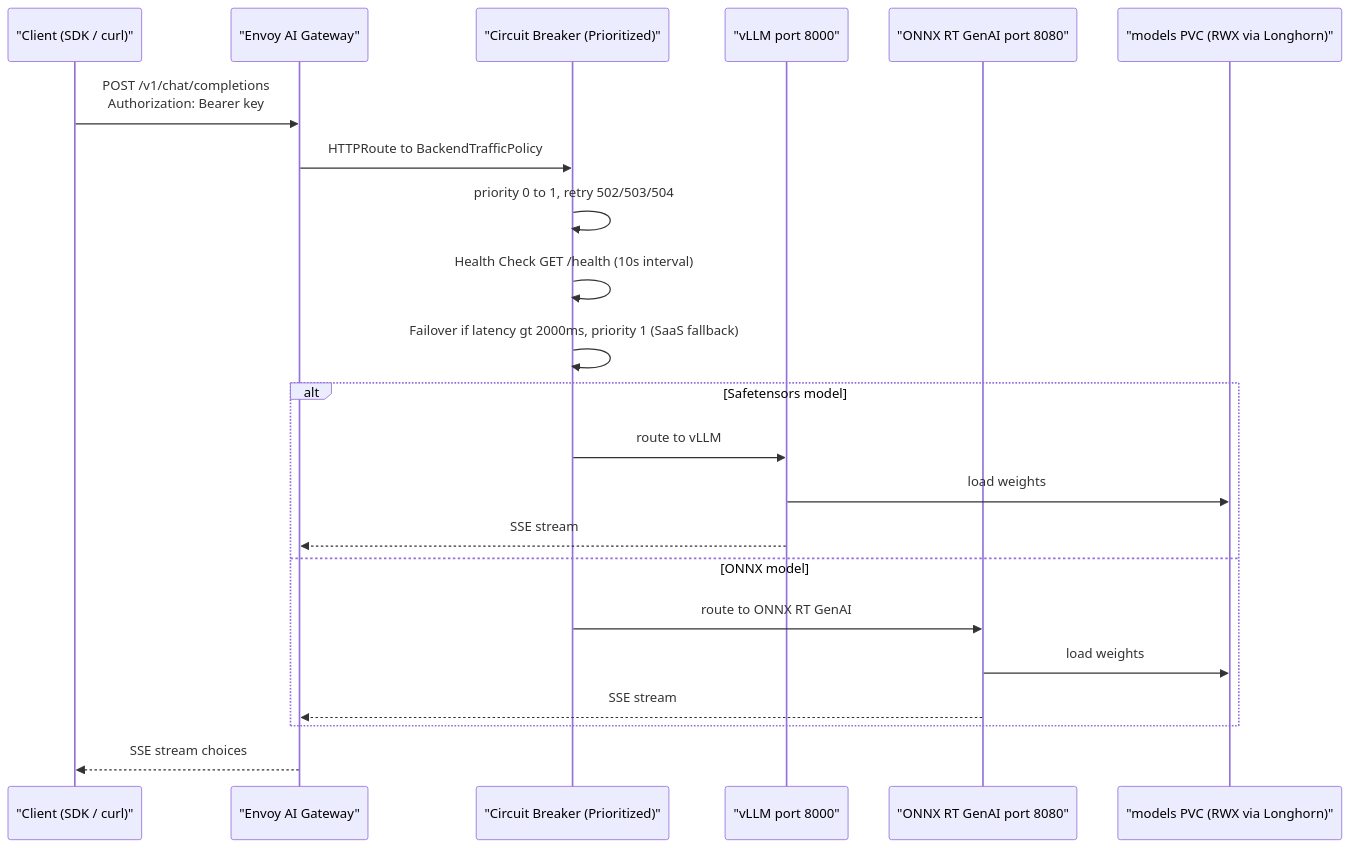
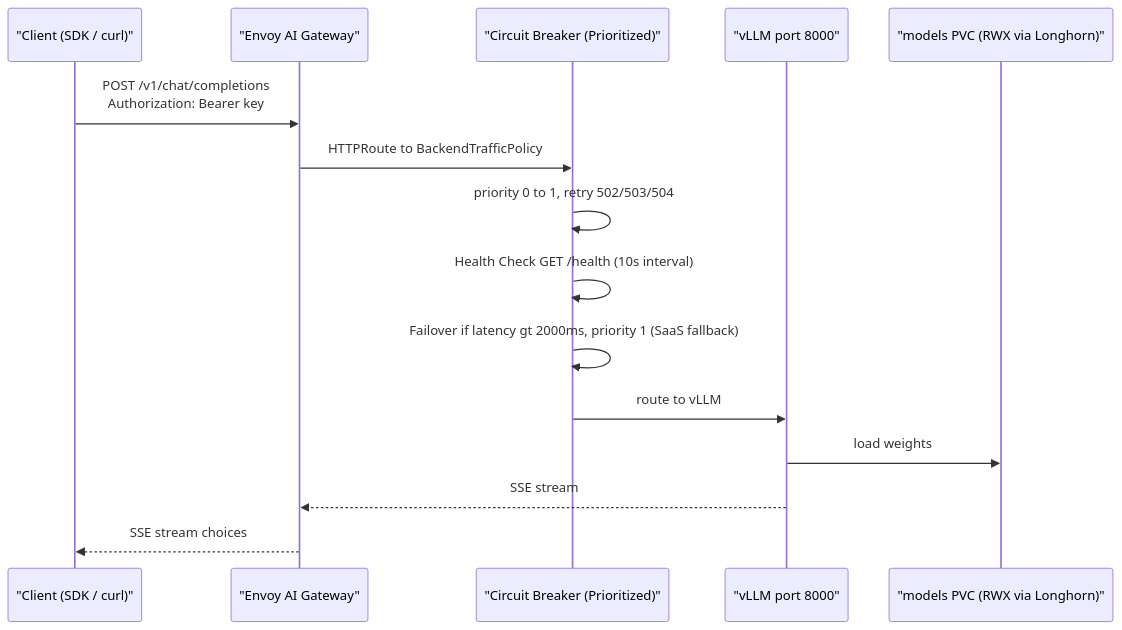
One commit to ADORSYS-GIS/Custom-Ai-Ops changed the third of 9 diagrams in README.md. Above: the diagram before and after it, drawn with Mermaid. The commit also changed other lines of this file and 29 other files, not shown here.

````diff
--- a/README.md
+++ b/README.md
@@ -195,27 +192,20 @@
 ```mermaid
 sequenceDiagram
     participant C as "Client (SDK / curl)"
     participant GW as "Envoy AI Gateway"
     participant CB as "Circuit Breaker (Prioritized)"
     participant V as "vLLM port 8000"
-    participant O as "ONNX RT GenAI port 8080"
     participant S as "models PVC (RWX via Longhorn)"
 
     C->>GW: POST /v1/chat/completions<br/>Authorization: Bearer key
     GW->>CB: HTTPRoute to BackendTrafficPolicy
     CB->>CB: priority 0 to 1, retry 502/503/504
     CB->>CB: Health Check GET /health (10s interval)
     CB->>CB: Failover if latency gt 2000ms, priority 1 (SaaS fallback)
 
-    alt Safetensors model
-        CB->>V: route to vLLM
-        V->>S: load weights
-        V-->>GW: SSE stream
-    else ONNX model
-        CB->>O: route to ONNX RT GenAI
-        O->>S: load weights
-        O-->>GW: SSE stream
-    end
+    CB->>V: route to vLLM
+    V->>S: load weights
+    V-->>GW: SSE stream
 
     GW-->>C: SSE stream choices
 ```
````
